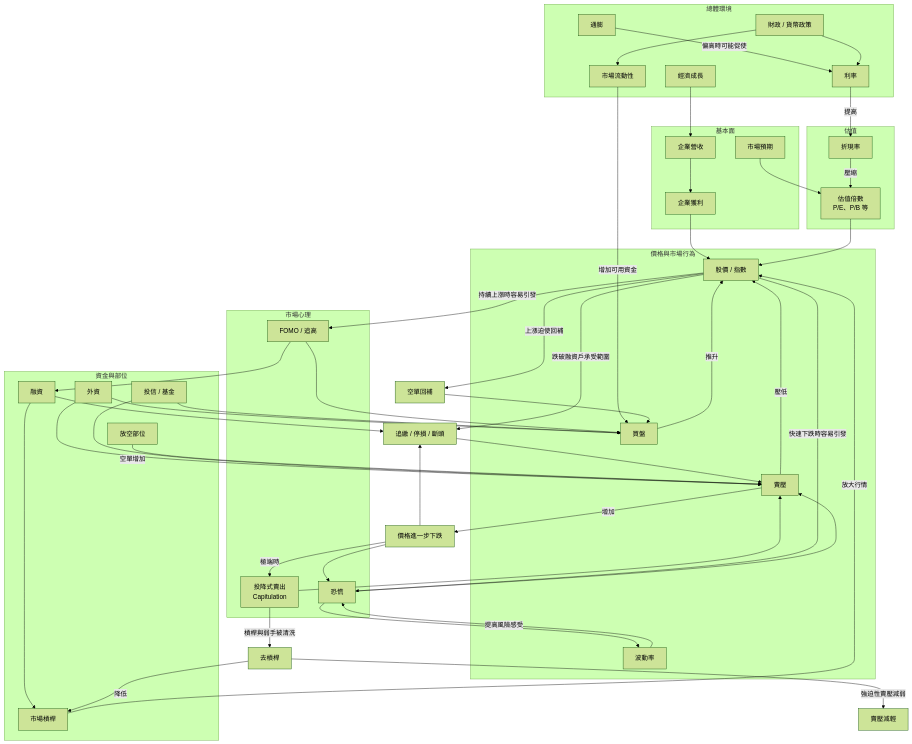
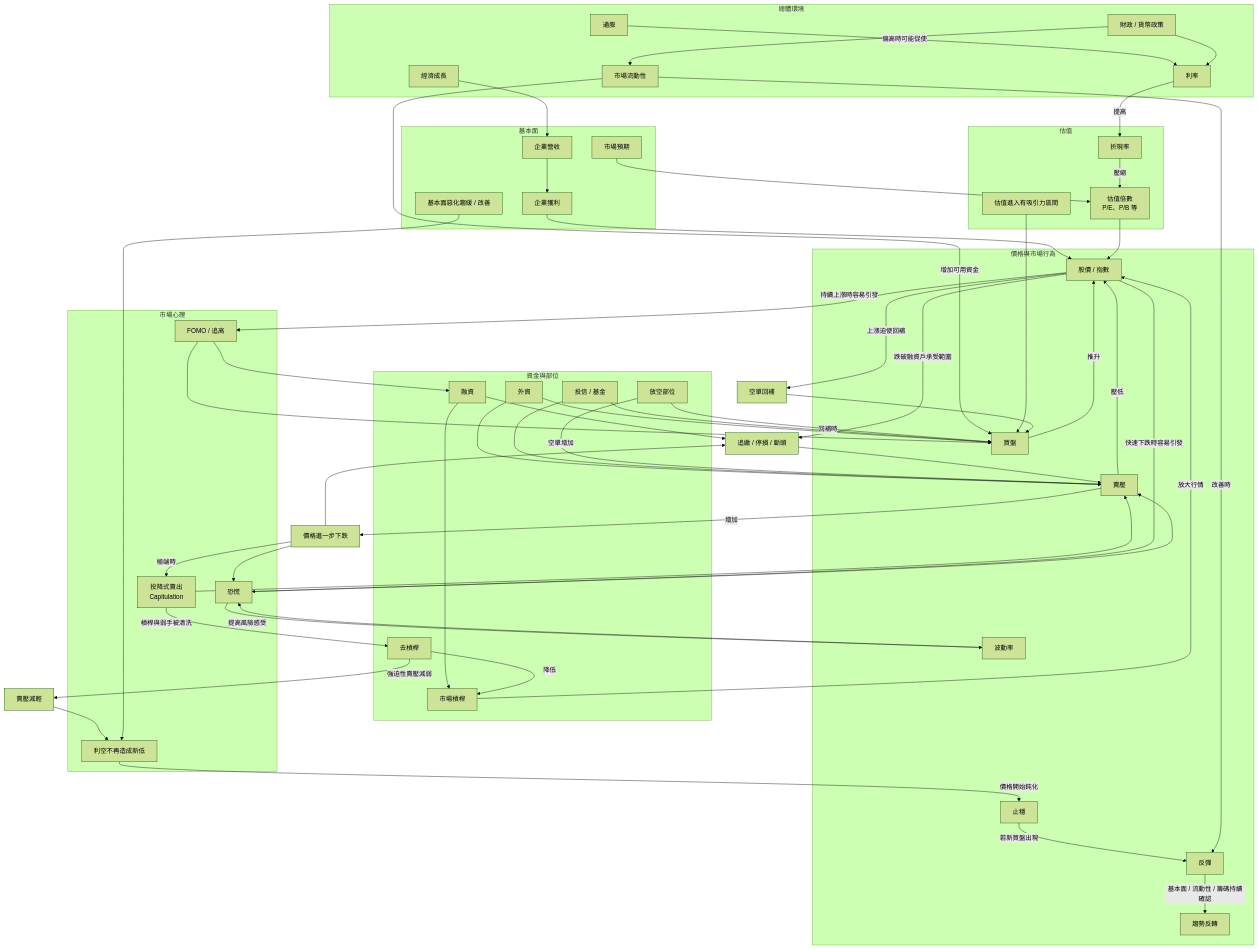
The first of 8 diagrams in maps/market-causal-map.md (koshuang/finance-notes), drawn with Mermaid (forest theme) before and after one commit. The commit also changed other lines of this file, not shown here.

Commit message:
Expand causal map with bottoming and rebound dynamics

```diff
--- a/maps/market-causal-map.md
+++ b/maps/market-causal-map.md
@@ -18,11 +18,13 @@
         Revenue[企業營收]
         Earnings[企業獲利]
         Expectations[市場預期]
+        FundamentalImprove[基本面惡化趨緩 / 改善]
     end
 
     subgraph Valuation[估值]
         DiscountRate[折現率]
         ValuationMultiple[估值倍數<br/>P/E、P/B 等]
+        AttractiveValuation[估值進入有吸引力區間]
     end
 
     subgraph Positioning[資金與部位]
@@ -31,12 +33,14 @@
         Margin[融資]
         Shorts[放空部位]
         Leverage[市場槓桿]
+        Deleveraging[去槓桿]
     end
 
     subgraph Psychology[市場心理]
         FOMO[FOMO / 追高]
         Fear[恐慌]
         Capitulation[投降式賣出<br/>Capitulation]
+        BadNewsAbsorbed[利空不再造成新低]
     end
 
     subgraph PriceAction[價格與市場行為]
@@ -44,6 +48,9 @@
         Supply[賣壓]
         Price[股價 / 指數]
         Volatility[波動率]
+        Stabilization[止穩]
+        Rebound[反彈]
+        Reversal[趨勢反轉]
     end
 
     Inflation -->|偏高時可能促使| Rates
@@ -84,9 +91,19 @@
 
     PriceDown -->|極端時| Capitulation
     Capitulation --> Supply
-    Capitulation -->|槓桿與弱手被清洗| Deleveraging[去槓桿]
+    Capitulation -->|槓桿與弱手被清洗| Deleveraging
     Deleveraging -->|降低| Leverage
     Deleveraging -->|強迫性賣壓減弱| SupplyEase[賣壓減輕]
+
+    SupplyEase --> BadNewsAbsorbed
+    FundamentalImprove --> BadNewsAbsorbed
+    BadNewsAbsorbed -->|價格開始鈍化| Stabilization
+    Stabilization -->|若新買盤出現| Rebound
+
+    AttractiveValuation --> Demand
+    Liquidity -->|改善時| Rebound
+    Shorts -->|回補時| Demand
+    Rebound -->|基本面 / 流動性 / 籌碼持續確認| Reversal
 
     Shorts -->|空單增加| Supply
     Price -->|上漲迫使回補| ShortCover[空單回補]
```
